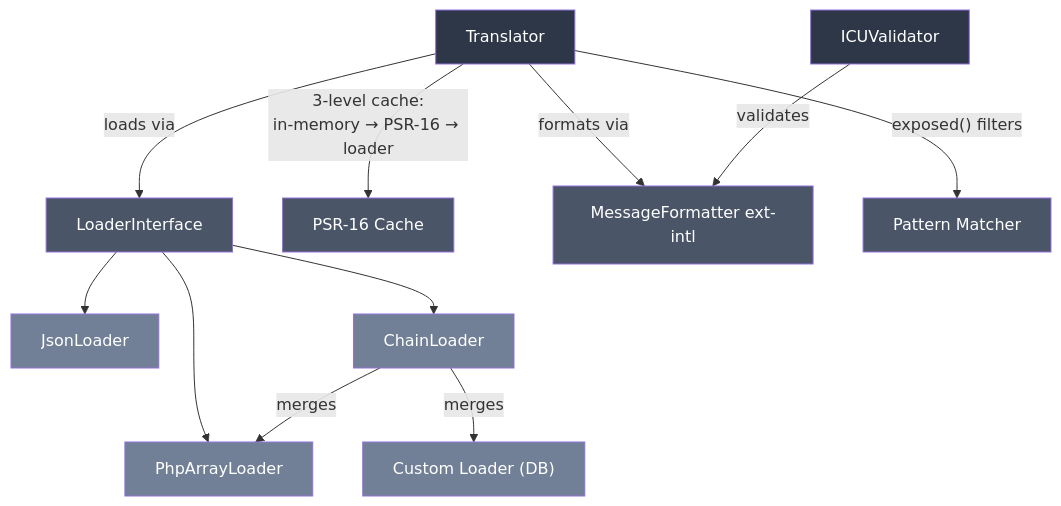
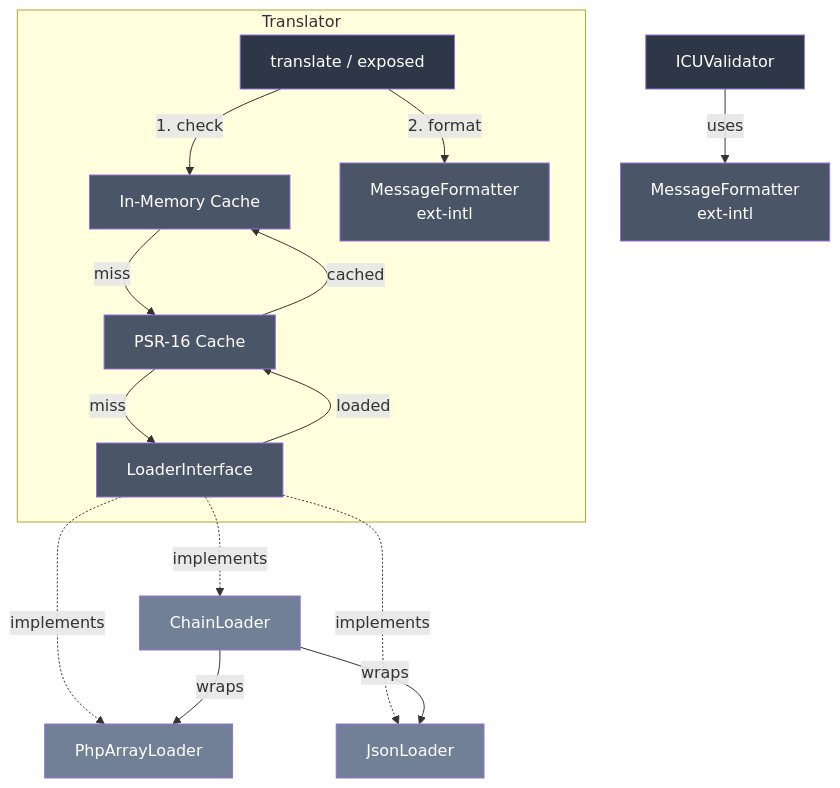
Before and after one commit to phpdot/i18n: the diagram in README.md, drawn with Mermaid.

Commit message:
Fix architecture diagram to reflect actual code relationships

````diff
--- a/README.md
+++ b/README.md
@@ -13,26 +13,30 @@
 ```mermaid
 graph TD
-    T[Translator] -->|loads via| LI[LoaderInterface]
-    T -->|"3-level cache:<br/>in-memory → PSR-16 → loader"| PSR[PSR-16 Cache]
-    T -->|formats via| ICU[MessageFormatter ext-intl]
-    T -->|"exposed() filters"| PAT[Pattern Matcher]
+    subgraph Translator
+        TR[translate / exposed] -->|1. check| MEM[In-Memory Cache]
+        MEM -->|miss| PSR[PSR-16 Cache]
+        PSR -->|miss| LI[LoaderInterface]
+        LI -->|loaded| PSR
+        PSR -->|cached| MEM
+        TR -->|2. format| ICU[MessageFormatter<br/>ext-intl]
+    end
 
-    LI --> PHP[PhpArrayLoader]
-    LI --> JSON[JsonLoader]
-    LI --> CL[ChainLoader]
-    CL -->|merges| PHP
-    CL -->|merges| DB["Custom Loader (DB)"]
+    LI -.->|implements| PHP[PhpArrayLoader]
+    LI -.->|implements| JSON[JsonLoader]
+    LI -.->|implements| CL[ChainLoader]
+    CL -->|wraps| PHP
+    CL -->|wraps| JSON
 
-    V[ICUValidator] -->|validates| ICU
+    V[ICUValidator] -->|uses| ICU2[MessageFormatter<br/>ext-intl]
 
-    style T fill:#2d3748,color:#fff
+    style TR fill:#2d3748,color:#fff
     style V fill:#2d3748,color:#fff
+    style MEM fill:#4a5568,color:#fff
+    style PSR fill:#4a5568,color:#fff
     style LI fill:#4a5568,color:#fff
-    style PSR fill:#4a5568,color:#fff
     style ICU fill:#4a5568,color:#fff
-    style PAT fill:#4a5568,color:#fff
+    style ICU2 fill:#4a5568,color:#fff
     style PHP fill:#718096,color:#fff
     style JSON fill:#718096,color:#fff
     style CL fill:#718096,color:#fff
-    style DB fill:#718096,color:#fff
 ```
````
